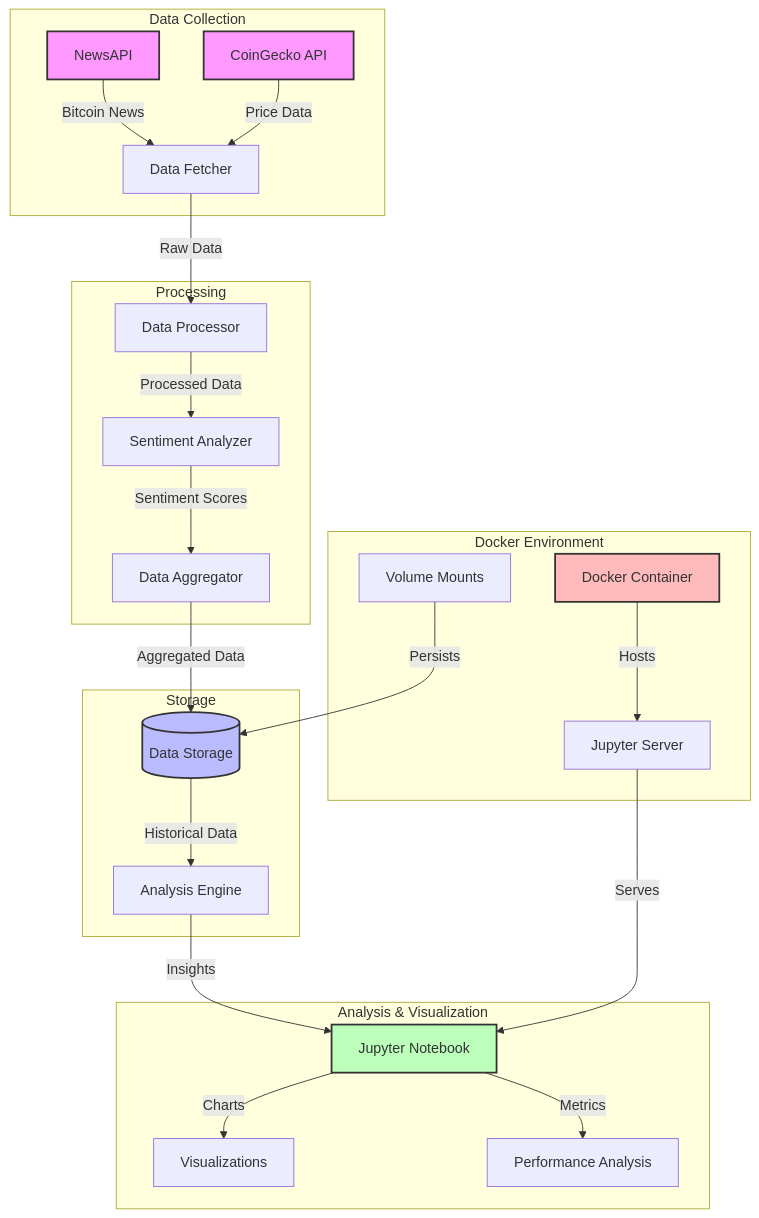
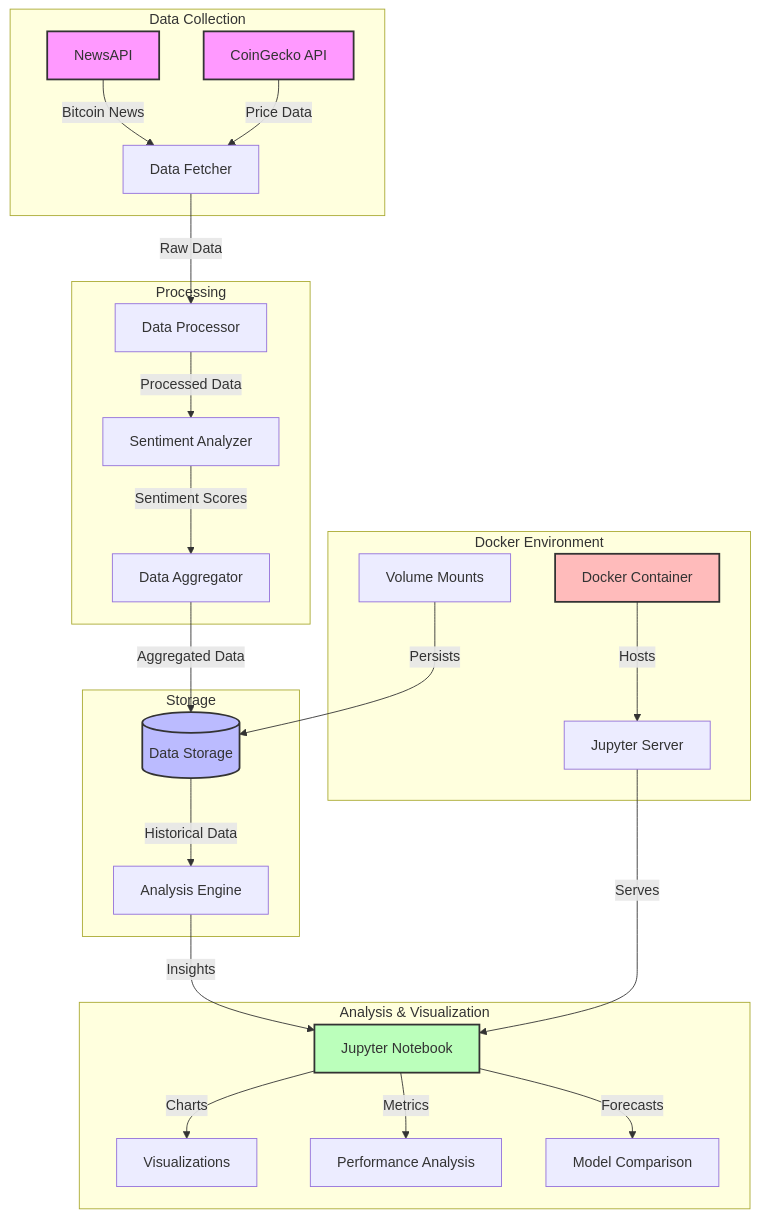
Before and after one commit to causify-ai/tutorials: the diagram in DATA605/Spring2025/projects/TutorTask106_Spring2025_Real_Time_Bitcoin_Sentiment_Analysis_Using_TextBlob/Notebook/README.md, drawn with Mermaid. The commit also changed other lines of this file and 56 other files, not shown here.

````diff
--- a/DATA605/Spring2025/projects/TutorTask106_Spring2025_Real_Time_Bitcoin_Sentiment_Analysis_Using_TextBlob/Notebook/README.md
+++ b/DATA605/Spring2025/projects/TutorTask106_Spring2025_Real_Time_Bitcoin_Sentiment_Analysis_Using_TextBlob/Notebook/README.md
@@ -16,36 +18,37 @@
 ```mermaid
 graph TD
     subgraph "Data Collection"
         A[NewsAPI] -->|Bitcoin News| B[Data Fetcher]
         C[CoinGecko API] -->|Price Data| B
     end
 
     subgraph "Processing"
         B -->|Raw Data| D[Data Processor]
         D -->|Processed Data| E[Sentiment Analyzer]
         E -->|Sentiment Scores| F[Data Aggregator]
     end
 
     subgraph "Storage"
         F -->|Aggregated Data| G[(Data Storage)]
         G -->|Historical Data| H[Analysis Engine]
     end
 
     subgraph "Analysis & Visualization"
         H -->|Insights| I[Jupyter Notebook]
         I -->|Charts| J[Visualizations]
         I -->|Metrics| K[Performance Analysis]
+        I -->|Forecasts| L[Model Comparison]
     end
 
     subgraph "Docker Environment"
-        L[Docker Container] -->|Hosts| M[Jupyter Server]
-        M -->|Serves| I
-        N[Volume Mounts] -->|Persists| G
+        M[Docker Container] -->|Hosts| N[Jupyter Server]
+        N -->|Serves| I
+        O[Volume Mounts] -->|Persists| G
     end
 
     style A fill:#f9f,stroke:#333,stroke-width:2px
     style C fill:#f9f,stroke:#333,stroke-width:2px
     style G fill:#bbf,stroke:#333,stroke-width:2px
     style I fill:#bfb,stroke:#333,stroke-width:2px
-    style L fill:#fbb,stroke:#333,stroke-width:2px
+    style M fill:#fbb,stroke:#333,stroke-width:2px
 ```
````
